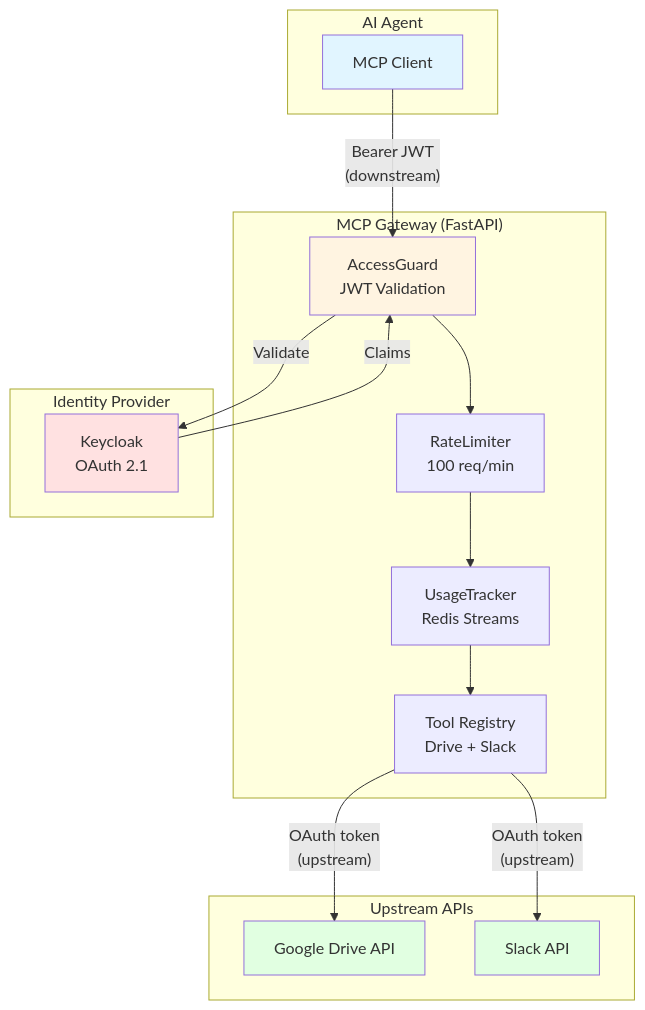
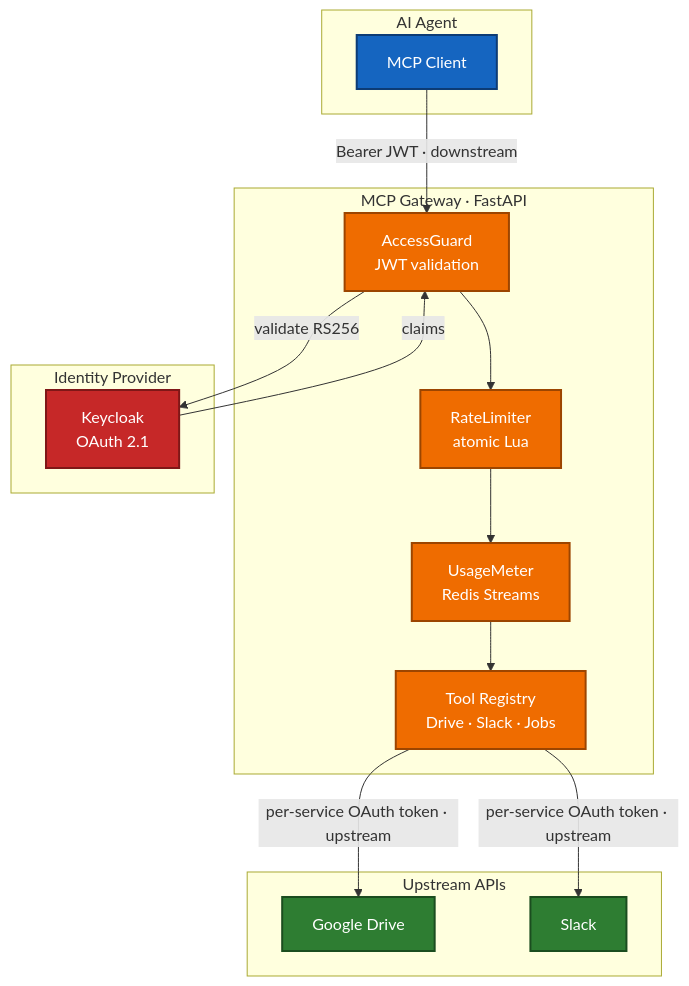
The diagram in README.md (XxTeosxX/mcp-agent-gateway), drawn with Mermaid before and after one commit. The commit also changed other lines of this file and 6 other files, not shown here.

````diff
--- a/README.md
+++ b/README.md
@@ -19,35 +62,36 @@
 ```mermaid
 graph TB
-    subgraph "AI Agent"
+    subgraph Agent["AI Agent"]
         A[MCP Client]
     end
-    
-    subgraph "MCP Gateway (FastAPI)"
-        B[AccessGuard<br/>JWT Validation]
-        C[RateLimiter<br/>100 req/min]
-        D[UsageTracker<br/>Redis Streams]
-        E[Tool Registry<br/>Drive + Slack]
+    subgraph GW["MCP Gateway · FastAPI"]
+        B[AccessGuard<br/>JWT validation]
+        C[RateLimiter<br/>atomic Lua]
+        D[UsageMeter<br/>Redis Streams]
+        E[Tool Registry<br/>Drive · Slack · Jobs]
     end
-    
-    subgraph "Identity Provider"
+    subgraph IdP["Identity Provider"]
         F[Keycloak<br/>OAuth 2.1]
     end
-    
-    subgraph "Upstream APIs"
-        G[Google Drive API]
-        H[Slack API]
+    subgraph Up["Upstream APIs"]
+        G[Google Drive]
+        H[Slack]
     end
-    
-    A -->|"Bearer JWT<br/>(downstream)"| B
-    B -->|"Validate"| F
-    F -->|"Claims"| B
+
+    A -->|Bearer JWT · downstream| B
+    B -->|validate RS256| F
+    F -->|claims| B
     B --> C --> D --> E
-    E -->|"OAuth token<br/>(upstream)"| G
-    E -->|"OAuth token<br/>(upstream)"| H
-    
-    style A fill:#e1f5ff
-    style B fill:#fff4e1
-    style F fill:#ffe1e1
-    style G fill:#e1ffe1
-    style H fill:#e1ffe1
+    E -->|per-service OAuth token · upstream| G
+    E -->|per-service OAuth token · upstream| H
+
+    classDef agent fill:#1565c0,stroke:#0d3c75,stroke-width:2px,color:#fff;
+    classDef gw fill:#ef6c00,stroke:#9c4500,stroke-width:2px,color:#fff;
+    classDef idp fill:#c62828,stroke:#7f1717,stroke-width:2px,color:#fff;
+    classDef up fill:#2e7d32,stroke:#1b4d1f,stroke-width:2px,color:#fff;
+
+    class A agent;
+    class B,C,D,E gw;
+    class F idp;
+    class G,H up;
 ```
````
